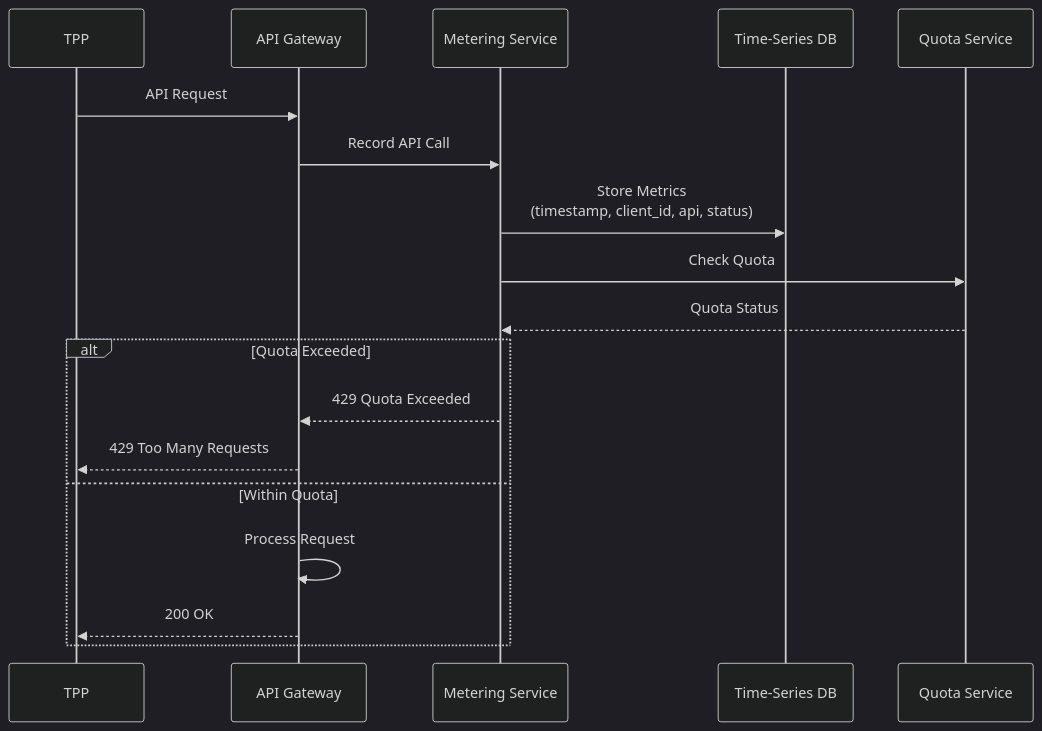
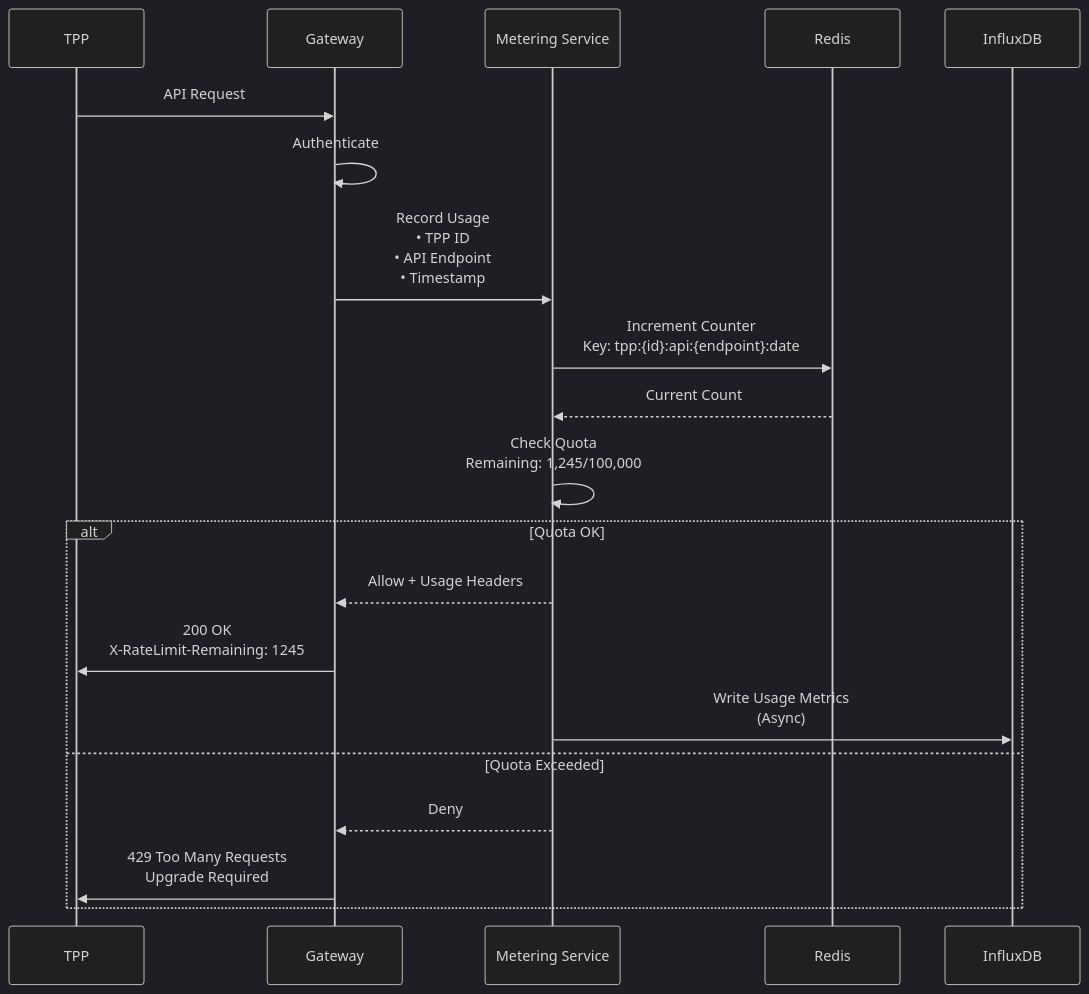
The fifth of 15 diagrams in 09-Thuong-mai-hoa-API.md (huuhoait/openbanking-vn-specs), drawn with Mermaid (dark theme) before and after one commit. The commit also changed other lines of this file and 14 other files, not shown here.

````diff
--- a/09-Thuong-mai-hoa-API.md
+++ b/09-Thuong-mai-hoa-API.md
@@ -165,23 +180,28 @@
 ```mermaid
 sequenceDiagram
-    participant TPP as TPP
-    participant Gateway as API Gateway
+    participant TPP
+    participant Gateway
     participant Meter as Metering Service
-    participant TS_DB as Time-Series DB
-    participant Quota as Quota Service
+    participant Redis
+    participant InfluxDB
     
     TPP->>Gateway: API Request
-    Gateway->>Meter: Record API Call
-    Meter->>TS_DB: Store Metrics<br/>(timestamp, client_id, api, status)
+    Gateway->>Gateway: Authenticate
     
-    Meter->>Quota: Check Quota
-    Quota-->>Meter: Quota Status
+    Gateway->>Meter: Record Usage<br/>• TPP ID<br/>• API Endpoint<br/>• Timestamp
     
-    alt Quota Exceeded
-        Meter-->>Gateway: 429 Quota Exceeded
-        Gateway-->>TPP: 429 Too Many Requests
-    else Within Quota
-        Gateway->>Gateway: Process Request
-        Gateway-->>TPP: 200 OK
+    Meter->>Redis: Increment Counter<br/>Key: tpp:{id}:api:{endpoint}:date
+    Redis-->>Meter: Current Count
+    
+    Meter->>Meter: Check Quota<br/>Remaining: 1,245/100,000
+    
+    alt Quota OK
+        Meter-->>Gateway: Allow + Usage Headers
+        Gateway->>TPP: 200 OK<br/>X-RateLimit-Remaining: 1245
+        
+        Meter->>InfluxDB: Write Usage Metrics<br/>(Async)
+    else Quota Exceeded
+        Meter-->>Gateway: Deny
+        Gateway->>TPP: 429 Too Many Requests<br/>Upgrade Required
     end
 ```
````
